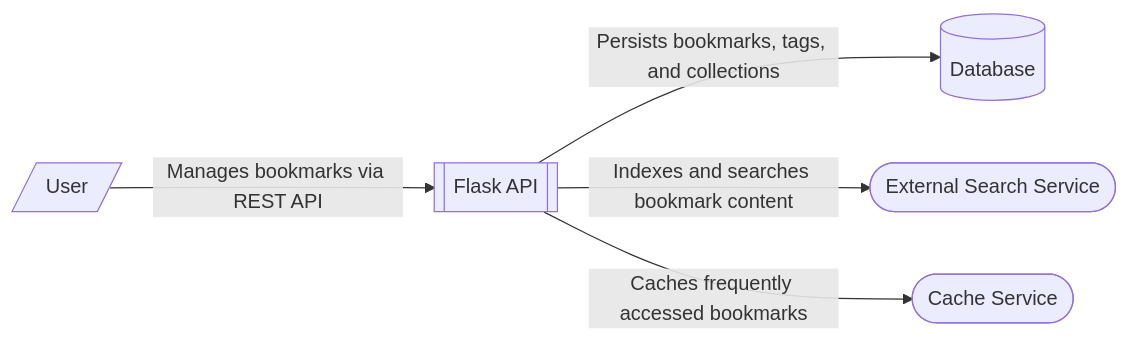
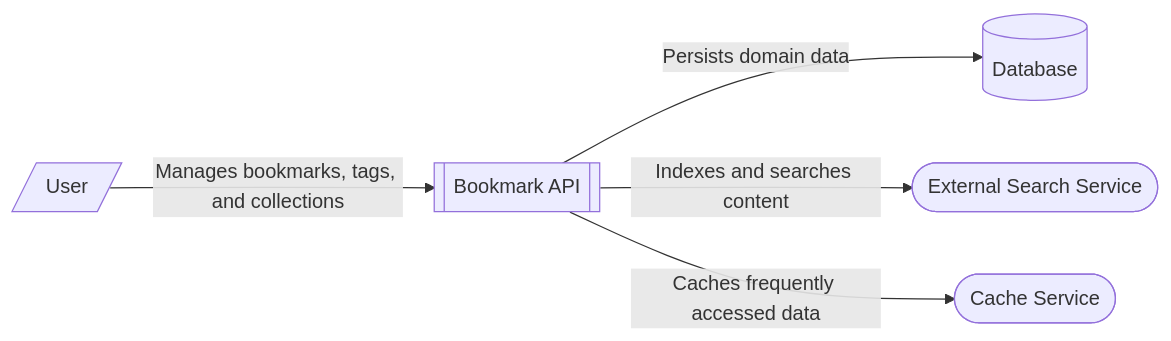
The diagram in docs/v1/architecture/architecture-overview/bookmark-management-system-context.md (kaisen99/etchblok-test-api), drawn with Mermaid before and after one commit. The commit also changed other lines of this file and 110 other files, not shown here.

````diff
--- a/docs/v1/architecture/architecture-overview/bookmark-management-system-context.md
+++ b/docs/v1/architecture/architecture-overview/bookmark-management-system-context.md
@@ -23,13 +24,13 @@
 ```mermaid
 flowchart LR
-    User[/User/]
-    API[["Flask API"]]
+    User[/"User"/]
+    API[["Bookmark API"]]
     DB[(Database)]
     Search([External Search Service])
     Cache([Cache Service])
 
-    User -- "Manages bookmarks via REST API" --> API
-    API -- "Persists bookmarks, tags, and collections" --> DB
-    API -- "Indexes and searches bookmark content" --> Search
-    API -- "Caches frequently accessed bookmarks" --> Cache
+    User -- "Manages bookmarks, tags, and collections" --> API
+    API -- "Persists domain data" --> DB
+    API -- "Indexes and searches content" --> Search
+    API -- "Caches frequently accessed data" --> Cache
 ```
````
